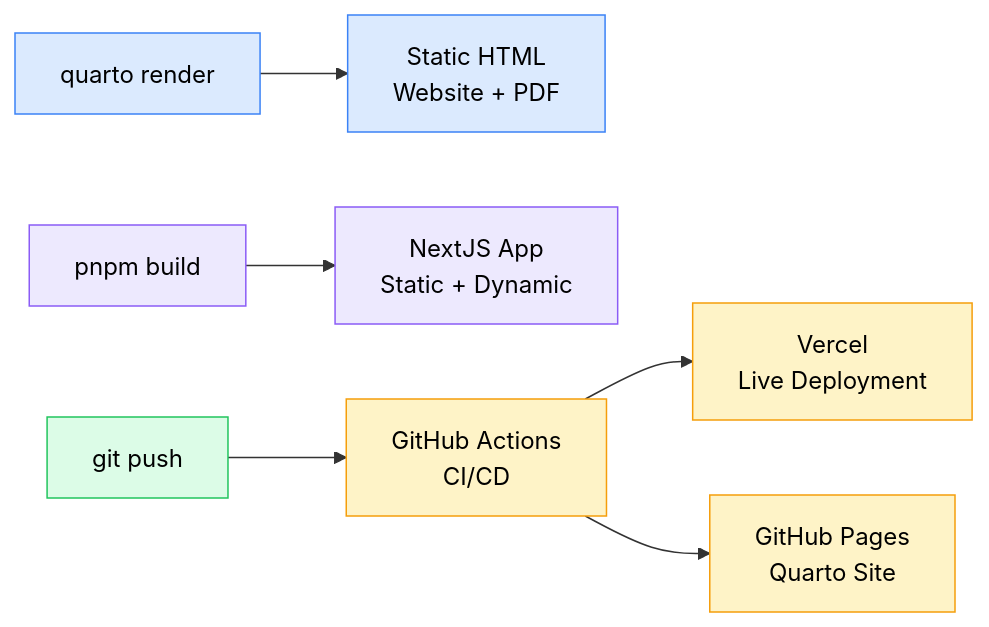
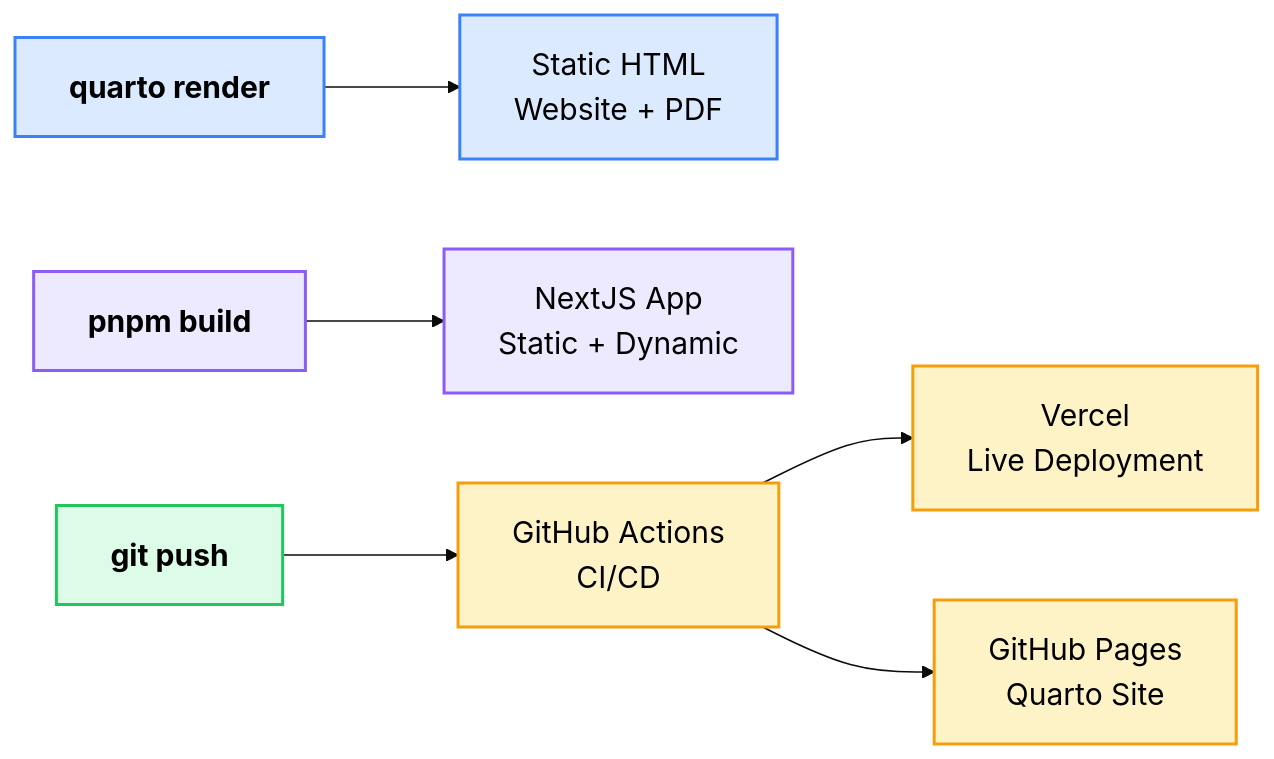
The fifth of 6 diagrams in quarto_website/training-presentation.qmd (dataimago/dissertation), drawn with Mermaid before and after one commit. The commit also changed other lines of this file and 16 other files, not shown here.

````diff
--- a/quarto_website/training-presentation.qmd
+++ b/quarto_website/training-presentation.qmd
@@ -925,20 +1047,20 @@
 ```{mermaid}
 %%| echo: false
-%%| eval: true
-%%| fig-width: 14
+%%| fig-responsive: false
+%%{init: {'theme': 'base', 'themeVariables': {'fontSize': '20px', 'fontFamily': 'Inter, system-ui, sans-serif'}, 'flowchart': {'nodeSpacing': 60, 'rankSpacing': 80, 'padding': 18, 'htmlLabels': true}}}%%
 flowchart LR
-    A["quarto render"] --> B["Static HTML\nWebsite + PDF"]
-    C["pnpm build"] --> D["NextJS App\nStatic + Dynamic"]
-    E["git push"] --> F["GitHub Actions\nCI/CD"]
-    F --> G["Vercel\nLive Deployment"]
-    F --> H["GitHub Pages\nQuarto Site"]
+    A["<b>quarto render</b>"] --> B["Static HTML<br/>Website + PDF"]
+    C["<b>pnpm build</b>"] --> D["NextJS App<br/>Static + Dynamic"]
+    E["<b>git push</b>"] --> F["GitHub Actions<br/>CI/CD"]
+    F --> G["Vercel<br/>Live Deployment"]
+    F --> H["GitHub Pages<br/>Quarto Site"]
 
-    style A fill:#dbeafe,stroke:#3b82f6,color:#000
-    style B fill:#dbeafe,stroke:#3b82f6,color:#000
-    style C fill:#ede9fe,stroke:#8b5cf6,color:#000
-    style D fill:#ede9fe,stroke:#8b5cf6,color:#000
-    style E fill:#dcfce7,stroke:#22c55e,color:#000
-    style F fill:#fef3c7,stroke:#f59e0b,color:#000
-    style G fill:#fef3c7,stroke:#f59e0b,color:#000
-    style H fill:#fef3c7,stroke:#f59e0b,color:#000
+    style A fill:#dbeafe,stroke:#3b82f6,stroke-width:2px,color:#000
+    style B fill:#dbeafe,stroke:#3b82f6,stroke-width:2px,color:#000
+    style C fill:#ede9fe,stroke:#8b5cf6,stroke-width:2px,color:#000
+    style D fill:#ede9fe,stroke:#8b5cf6,stroke-width:2px,color:#000
+    style E fill:#dcfce7,stroke:#22c55e,stroke-width:2px,color:#000
+    style F fill:#fef3c7,stroke:#f59e0b,stroke-width:2px,color:#000
+    style G fill:#fef3c7,stroke:#f59e0b,stroke-width:2px,color:#000
+    style H fill:#fef3c7,stroke:#f59e0b,stroke-width:2px,color:#000
 ```
````
